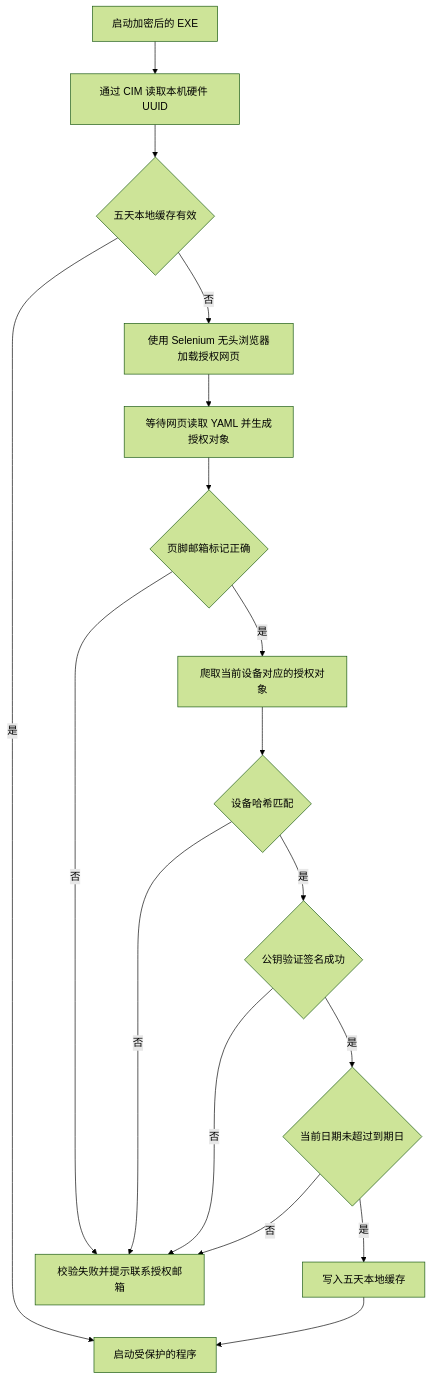
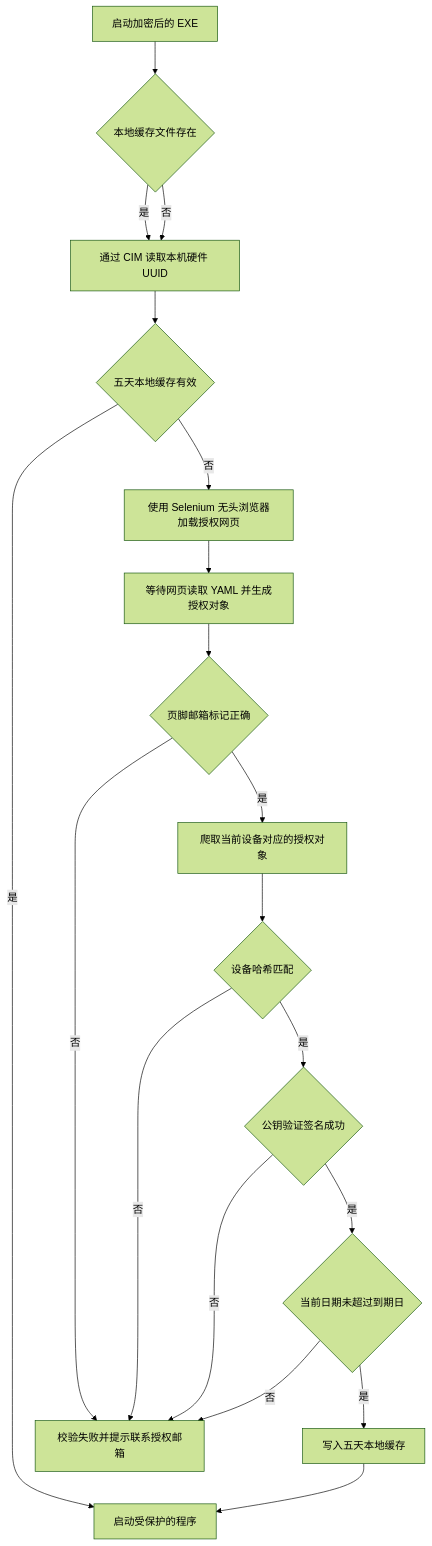
Before and after one commit to TonyTangWJ/TonyTangWJ.github.io: the third of 4 diagrams in Code Encrypter/README.md, drawn with Mermaid (forest theme). The commit also changed other lines of this file and 2 other files, not shown here.

````diff
--- a/Code Encrypter/README.md
+++ b/Code Encrypter/README.md
@@ -36,19 +36,21 @@
 ```mermaid
 flowchart TD
-	A[启动加密后的 EXE] --> B[通过 CIM 读取本机硬件 UUID]
-	B --> C{五天本地缓存有效}
-	C -- 是 --> J[启动受保护的程序]
-	C -- 否 --> D[使用 Selenium 无头浏览器加载授权网页]
-	D --> E[等待网页读取 YAML 并生成授权对象]
-	E --> F{页脚邮箱标记正确}
-	F -- 否 --> X[校验失败并提示联系授权邮箱]
-	F -- 是 --> G[爬取当前设备对应的授权对象]
-	G --> H{设备哈希匹配}
-	H -- 否 --> X
-	H -- 是 --> I{公钥验证签名成功}
+	A[启动加密后的 EXE] --> B{本地缓存文件存在}
+	B -- 是 --> C[通过 CIM 读取本机硬件 UUID]
+	B -- 否 --> C
+	C --> D{五天本地缓存有效}
+	D -- 是 --> J[启动受保护的程序]
+	D -- 否 --> E[使用 Selenium 无头浏览器加载授权网页]
+	E --> F[等待网页读取 YAML 并生成授权对象]
+	F --> G{页脚邮箱标记正确}
+	G -- 否 --> X[校验失败并提示联系授权邮箱]
+	G -- 是 --> H[爬取当前设备对应的授权对象]
+	H --> I{设备哈希匹配}
 	I -- 否 --> X
-	I -- 是 --> K{当前日期未超过到期日}
+	I -- 是 --> K{公钥验证签名成功}
 	K -- 否 --> X
-	K -- 是 --> L[写入五天本地缓存]
-	L --> J
+	K -- 是 --> L{当前日期未超过到期日}
+	L -- 否 --> X
+	L -- 是 --> M[写入五天本地缓存]
+	M --> J
 ```
````
